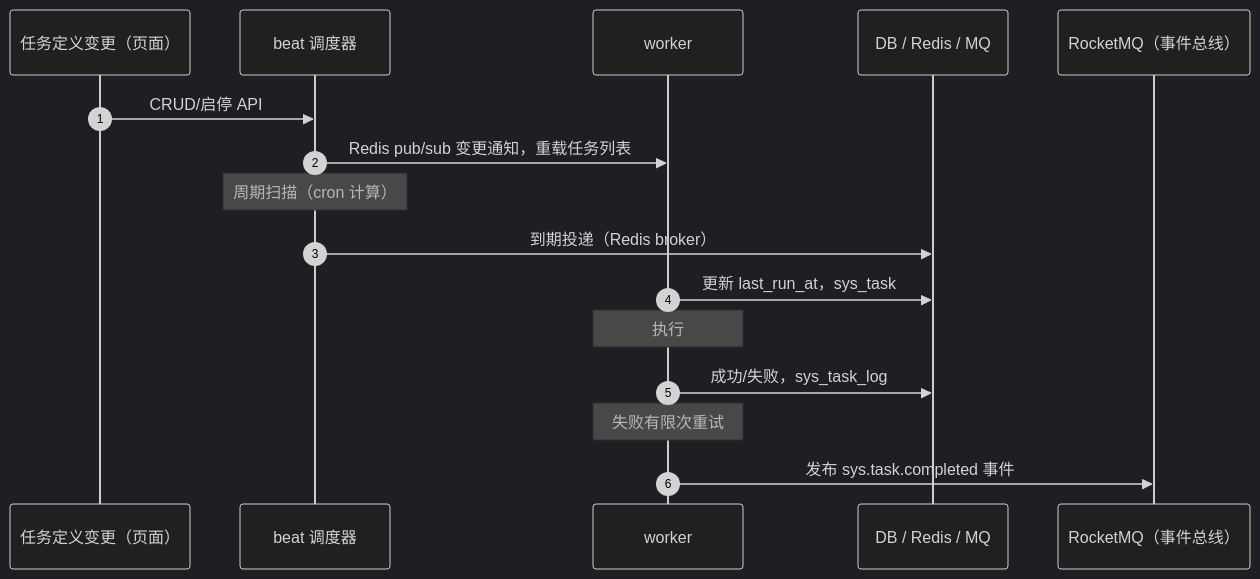
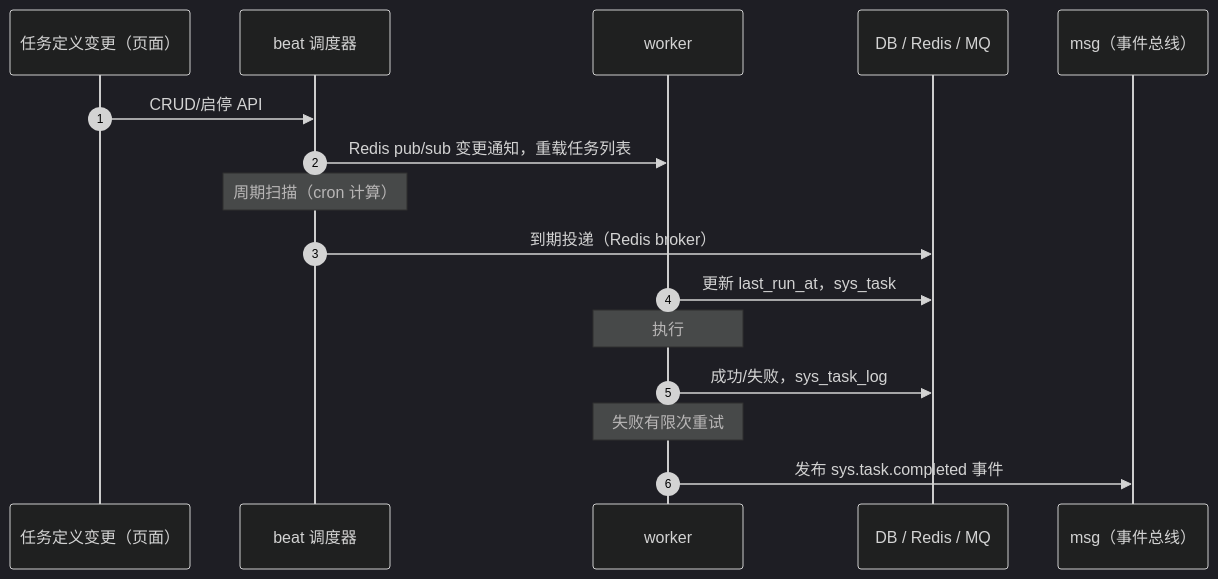
One commit to minjian123/basic-management-system changed the diagram in bms文档/设计/概要设计/23_概要设计_任务调度.md. Above: the diagram before and after it, drawn with Mermaid (dark theme). The commit also changed other lines of this file and 118 other files, not shown here.

````diff
--- a/bms文档/设计/概要设计/23_概要设计_任务调度.md
+++ b/bms文档/设计/概要设计/23_概要设计_任务调度.md
@@ -51,19 +51,19 @@
 ```mermaid
 sequenceDiagram
     autonumber
     participant 页面 as 任务定义变更（页面）
     participant beat as beat 调度器
     participant worker
     participant 存储 as DB / Redis / MQ
-    participant RocketMQ as RocketMQ（事件总线）
+    participant msg as msg（事件总线）
 
     页面->>beat: CRUD/启停 API
     beat->>worker: Redis pub/sub 变更通知，重载任务列表
     Note over beat: 周期扫描（cron 计算）
     beat->>存储: 到期投递（Redis broker）
     worker->>存储: 更新 last_run_at，sys_task
     Note over worker: 执行
     worker->>存储: 成功/失败，sys_task_log
     Note over worker: 失败有限次重试
-    worker->>RocketMQ: 发布 sys.task.completed 事件
+    worker->>msg: 发布 sys.task.completed 事件
 ```
````
